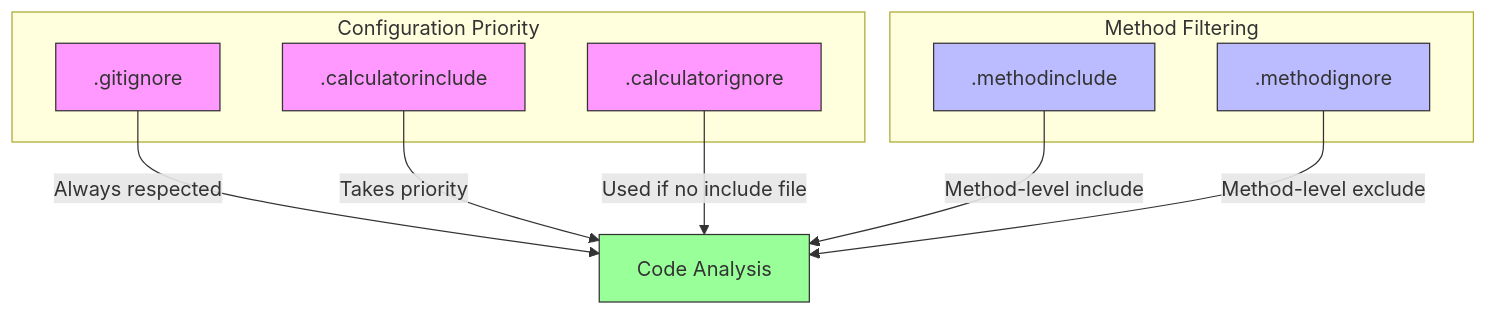
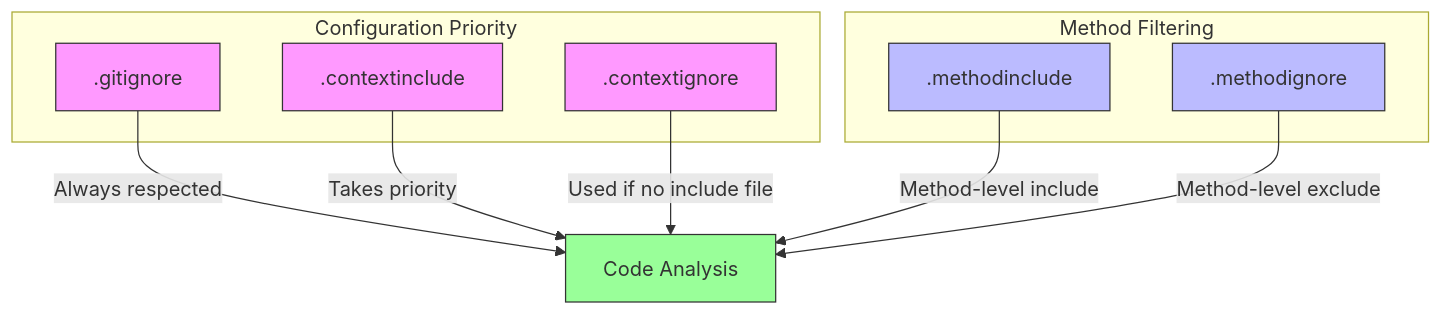
The sixth of 6 diagrams in docs/content-en/Quick Start Guide.md (hakkisagdic/context-manager), drawn with Mermaid before and after one commit. The commit also changed other lines of this file and 93 other files, not shown here.

````diff
--- a/docs/content-en/Quick Start Guide.md
+++ b/docs/content-en/Quick Start Guide.md
@@ -305,23 +305,23 @@
 ```mermaid
 graph TB
 subgraph "Configuration Priority"
 A[".gitignore"]
-B[".calculatorinclude"]
-C[".calculatorignore"]
+B[".contextinclude"]
+C[".contextignore"]
 end
 subgraph "Method Filtering"
 D[".methodinclude"]
 E[".methodignore"]
 end
 A --> |Always respected| Analysis["Code Analysis"]
 B --> |Takes priority| Analysis
 C --> |Used if no include file| Analysis
 D --> |Method-level include| Analysis
 E --> |Method-level exclude| Analysis
 style A fill:#f9f,stroke:#333
 style B fill:#f9f,stroke:#333
 style C fill:#f9f,stroke:#333
 style D fill:#bbf,stroke:#333
 style E fill:#bbf,stroke:#333
 style Analysis fill:#9f9,stroke:#333
 ```
````
